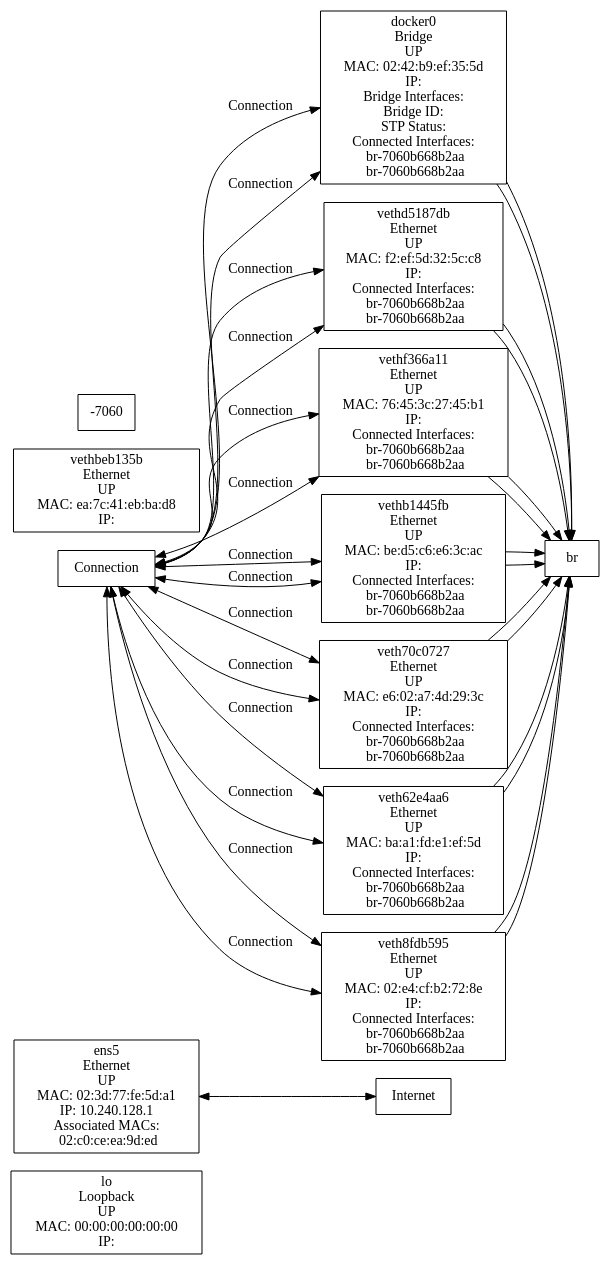
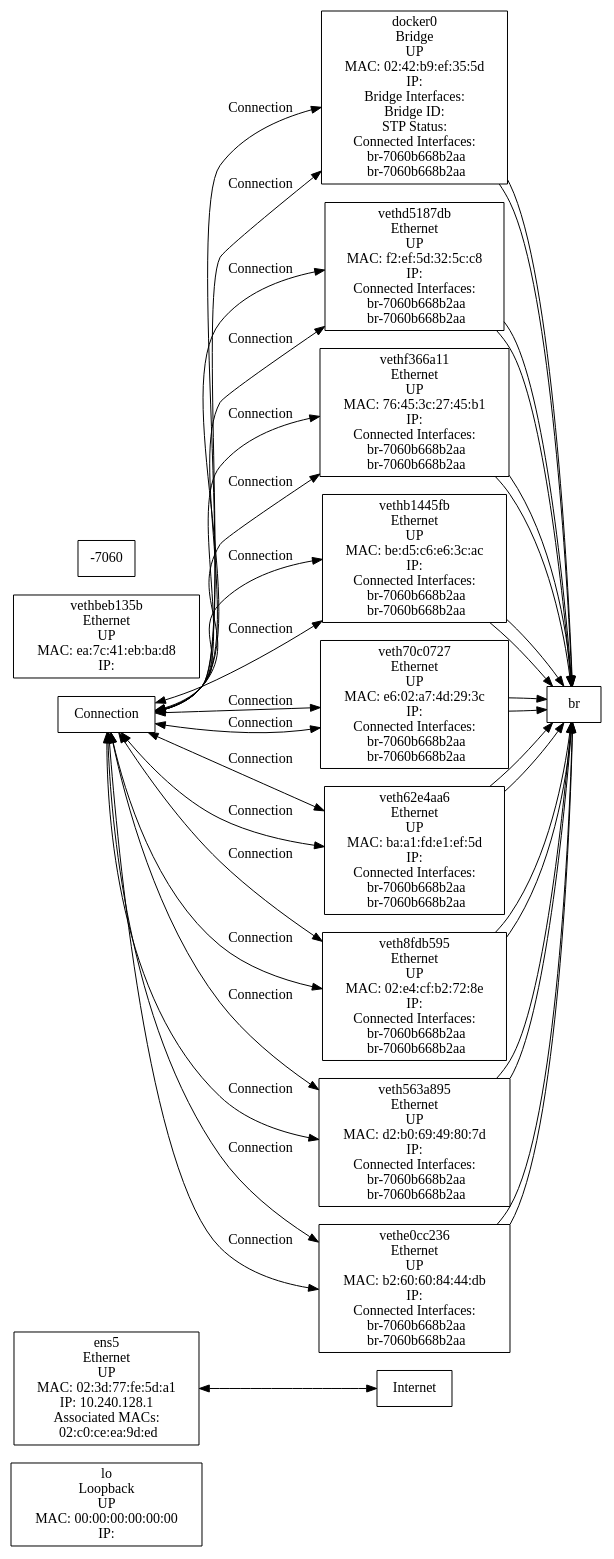
The diagram in network_topology.dot (ohhmm/_), drawn with Graphviz before and after one commit. The commit also changed 1 other file, not shown here.

Commit message:
Enhance network topology tool to detect and represent Docker containers and virtual nodes

```diff
--- a/network_topology.dot
+++ b/network_topology.dot
@@ -1,50 +1,60 @@
 digraph network_topology {
     rankdir=LR;
     node [shape=box];
 
     lo [label="lo\nLoopback\nUP\nMAC: 00:00:00:00:00:00\nIP: "];
     ens5 [label="ens5\nEthernet\nUP\nMAC: 02:3d:77:fe:5d:a1\nIP: 10.240.128.1\nAssociated MACs:\n  02:c0:ce:ea:9d:ed"];
     docker0 [label="docker0\nBridge\nUP\nMAC: 02:42:b9:ef:35:5d\nIP: \nBridge Interfaces:\nBridge ID: \nSTP Status: \nConnected Interfaces:\n  br-7060b668b2aa\n  br-7060b668b2aa"];
     vethbeb135b [label="vethbeb135b\nEthernet\nUP\nMAC: ea:7c:41:eb:ba:d8\nIP: "];
     vethd5187db [label="vethd5187db\nEthernet\nUP\nMAC: f2:ef:5d:32:5c:c8\nIP: \nConnected Interfaces:\n  br-7060b668b2aa\n  br-7060b668b2aa"];
-    br-7060b668b2aa [label="br-7060b668b2aa\nBridge\nUP\nMAC: 02:42:d0:16:f9:30\nIP: \nBridge Interfaces:\n  veth62e4aa6\n  veth70c0727\n  veth8fdb595\n  vethb1445fb\n  vethf366a11\n  docker0\n  vethd5187db\nBridge ID: 8000.0242d016f930\nSTP Status: no\nConnected Interfaces:\n  veth62e4aa6\n  veth70c0727\n  veth8fdb595\n  vethb1445fb\n  vethf366a11\n  docker0\n  vethd5187db\n  veth62e4aa6\n  veth70c0727\n  veth8fdb595\n  vethb1445fb\n  vethf366a11\n  docker0\n  vethd5187db"];
+    br-7060b668b2aa [label="br-7060b668b2aa\nBridge\nUP\nMAC: 02:42:d0:16:f9:30\nIP: \nBridge Interfaces:\n  veth563a895\n  veth62e4aa6\n  veth70c0727\n  veth8fdb595\n  vethb1445fb\n  vethe0cc236\n  vethf366a11\n  docker0\n  vethd5187db\nBridge ID: 8000.0242d016f930\nSTP Status: no\nConnected Interfaces:\n  veth563a895\n  veth62e4aa6\n  veth70c0727\n  veth8fdb595\n  vethb1445fb\n  vethe0cc236\n  vethf366a11\n  docker0\n  vethd5187db\n  veth563a895\n  veth62e4aa6\n  veth70c0727\n  veth8fdb595\n  vethb1445fb\n  vethe0cc236\n  vethf366a11\n  docker0\n  vethd5187db"];
     vethf366a11 [label="vethf366a11\nEthernet\nUP\nMAC: 76:45:3c:27:45:b1\nIP: \nConnected Interfaces:\n  br-7060b668b2aa\n  br-7060b668b2aa"];
     vethb1445fb [label="vethb1445fb\nEthernet\nUP\nMAC: be:d5:c6:e6:3c:ac\nIP: \nConnected Interfaces:\n  br-7060b668b2aa\n  br-7060b668b2aa"];
     veth70c0727 [label="veth70c0727\nEthernet\nUP\nMAC: e6:02:a7:4d:29:3c\nIP: \nConnected Interfaces:\n  br-7060b668b2aa\n  br-7060b668b2aa"];
     veth62e4aa6 [label="veth62e4aa6\nEthernet\nUP\nMAC: ba:a1:fd:e1:ef:5d\nIP: \nConnected Interfaces:\n  br-7060b668b2aa\n  br-7060b668b2aa"];
     veth8fdb595 [label="veth8fdb595\nEthernet\nUP\nMAC: 02:e4:cf:b2:72:8e\nIP: \nConnected Interfaces:\n  br-7060b668b2aa\n  br-7060b668b2aa"];
+    veth563a895 [label="veth563a895\nEthernet\nUP\nMAC: d2:b0:69:49:80:7d\nIP: \nConnected Interfaces:\n  br-7060b668b2aa\n  br-7060b668b2aa"];
+    vethe0cc236 [label="vethe0cc236\nEthernet\nUP\nMAC: b2:60:60:84:44:db\nIP: \nConnected Interfaces:\n  br-7060b668b2aa\n  br-7060b668b2aa"];
 
     // Connections
     docker0 -> br-7060b668b2aa [dir=both, label="Connection"];
     docker0 -> br-7060b668b2aa [dir=both, label="Connection"];
     vethd5187db -> br-7060b668b2aa [dir=both, label="Connection"];
     vethd5187db -> br-7060b668b2aa [dir=both, label="Connection"];
+    br-7060b668b2aa -> veth563a895 [dir=both, label="Connection"];
     br-7060b668b2aa -> veth62e4aa6 [dir=both, label="Connection"];
     br-7060b668b2aa -> veth70c0727 [dir=both, label="Connection"];
     br-7060b668b2aa -> veth8fdb595 [dir=both, label="Connection"];
     br-7060b668b2aa -> vethb1445fb [dir=both, label="Connection"];
+    br-7060b668b2aa -> vethe0cc236 [dir=both, label="Connection"];
     br-7060b668b2aa -> vethf366a11 [dir=both, label="Connection"];
     br-7060b668b2aa -> docker0 [dir=both, label="Connection"];
     br-7060b668b2aa -> vethd5187db [dir=both, label="Connection"];
+    br-7060b668b2aa -> veth563a895 [dir=both, label="Connection"];
     br-7060b668b2aa -> veth62e4aa6 [dir=both, label="Connection"];
     br-7060b668b2aa -> veth70c0727 [dir=both, label="Connection"];
     br-7060b668b2aa -> veth8fdb595 [dir=both, label="Connection"];
     br-7060b668b2aa -> vethb1445fb [dir=both, label="Connection"];
+    br-7060b668b2aa -> vethe0cc236 [dir=both, label="Connection"];
     br-7060b668b2aa -> vethf366a11 [dir=both, label="Connection"];
     br-7060b668b2aa -> docker0 [dir=both, label="Connection"];
     br-7060b668b2aa -> vethd5187db [dir=both, label="Connection"];
     vethf366a11 -> br-7060b668b2aa [dir=both, label="Connection"];
     vethf366a11 -> br-7060b668b2aa [dir=both, label="Connection"];
     vethb1445fb -> br-7060b668b2aa [dir=both, label="Connection"];
     vethb1445fb -> br-7060b668b2aa [dir=both, label="Connection"];
     veth70c0727 -> br-7060b668b2aa [dir=both, label="Connection"];
     veth70c0727 -> br-7060b668b2aa [dir=both, label="Connection"];
     veth62e4aa6 -> br-7060b668b2aa [dir=both, label="Connection"];
     veth62e4aa6 -> br-7060b668b2aa [dir=both, label="Connection"];
     veth8fdb595 -> br-7060b668b2aa [dir=both, label="Connection"];
     veth8fdb595 -> br-7060b668b2aa [dir=both, label="Connection"];
+    veth563a895 -> br-7060b668b2aa [dir=both, label="Connection"];
+    veth563a895 -> br-7060b668b2aa [dir=both, label="Connection"];
+    vethe0cc236 -> br-7060b668b2aa [dir=both, label="Connection"];
+    vethe0cc236 -> br-7060b668b2aa [dir=both, label="Connection"];
 
     // External network connection
     internet [shape=cloud, label="Internet"];
     ens5 -> internet [dir=both];
 }
```
